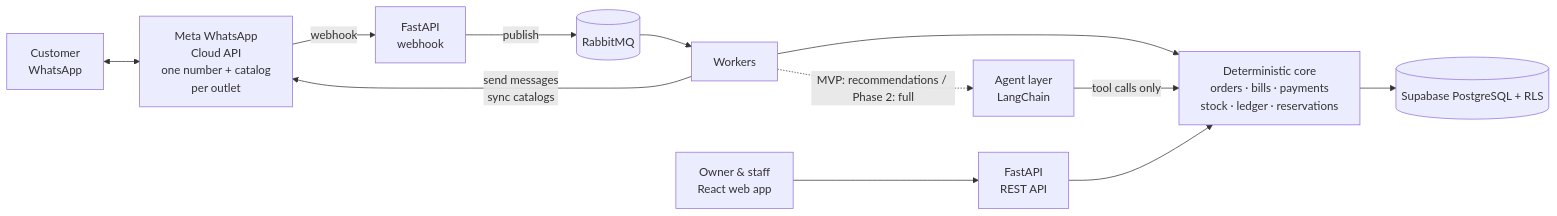
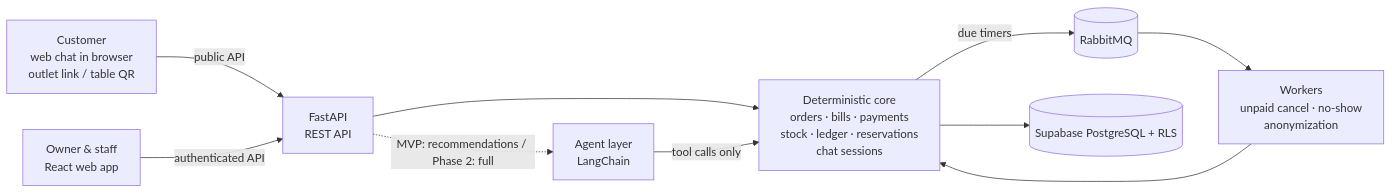
Before and after one commit to hasnanmr/PoS-web-agentic: the diagram in PRD-SME-Automation-Platform.md, drawn with Mermaid. The commit also changed other lines of this file, not shown here.

First line of the commit message:
PRD v0.20: web chat replaces WhatsApp as the customer channel

````diff
--- a/PRD-SME-Automation-Platform.md
+++ b/PRD-SME-Automation-Platform.md
@@ -460,14 +474,12 @@
 ```mermaid
 flowchart LR
-  C[Customer<br/>WhatsApp] <--> M[Meta WhatsApp<br/>Cloud API<br/>one number + catalog<br/>per outlet]
-  M -->|webhook| W[FastAPI<br/>webhook]
-  W -->|publish| Q[(RabbitMQ)]
-  Q --> K[Workers]
-  K -->|send messages<br/>sync catalogs| M
-  O[Owner & staff<br/>React web app] --> A[FastAPI<br/>REST API]
-  K --> D[Deterministic core<br/>orders · bills · payments<br/>stock · ledger · reservations]
-  A --> D
-  K -. MVP: recommendations / Phase 2: full .-> G[Agent layer<br/>LangChain]
+  C[Customer<br/>web chat in browser<br/>outlet link / table QR] -->|public API| A[FastAPI<br/>REST API]
+  O[Owner & staff<br/>React web app] -->|authenticated API| A
+  A --> D[Deterministic core<br/>orders · bills · payments<br/>stock · ledger · reservations<br/>chat sessions]
+  A -. MVP: recommendations / Phase 2: full .-> G[Agent layer<br/>LangChain]
   G -->|tool calls only| D
+  D -->|due timers| Q[(RabbitMQ)]
+  Q --> K[Workers<br/>unpaid cancel · no-show<br/>anonymization]
+  K --> D
   D --> P[(Supabase PostgreSQL + RLS)]
 ```
````
